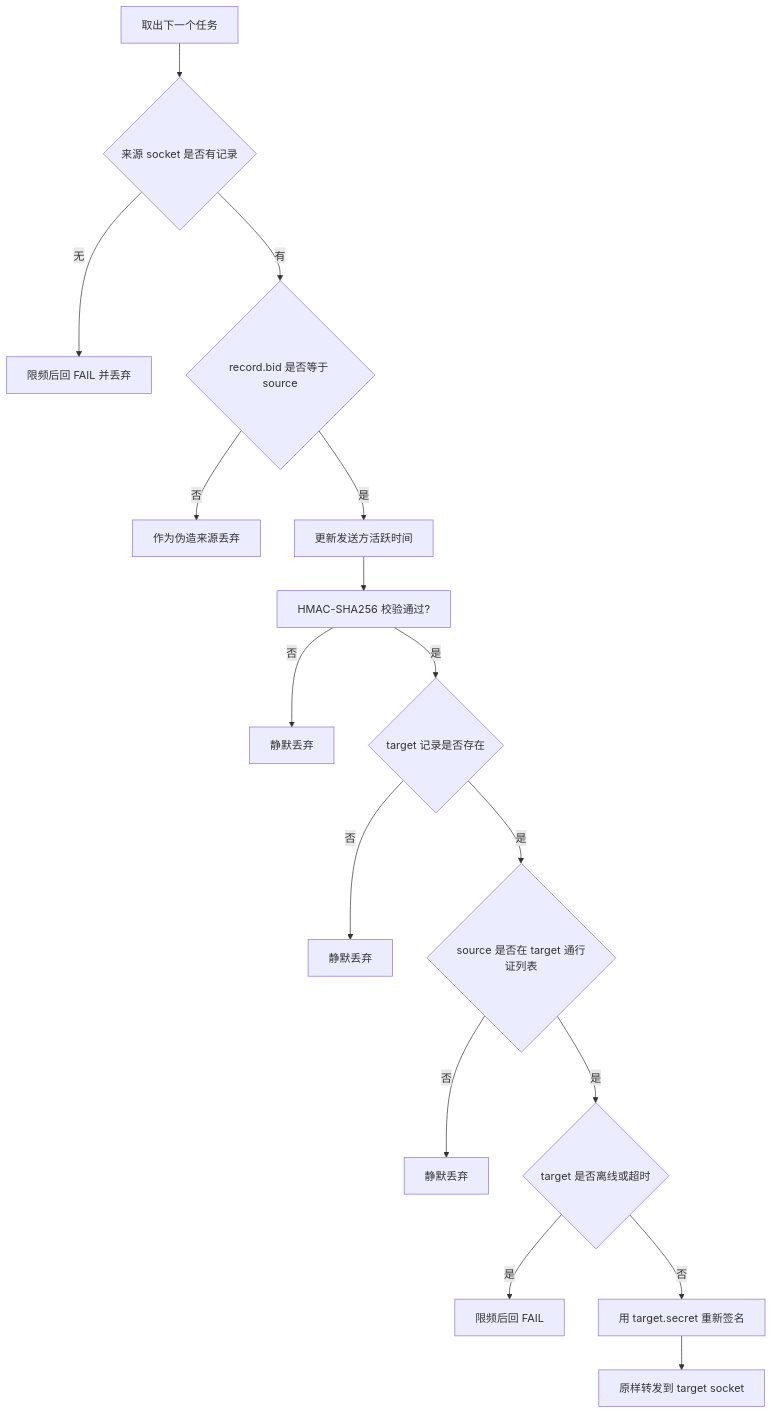
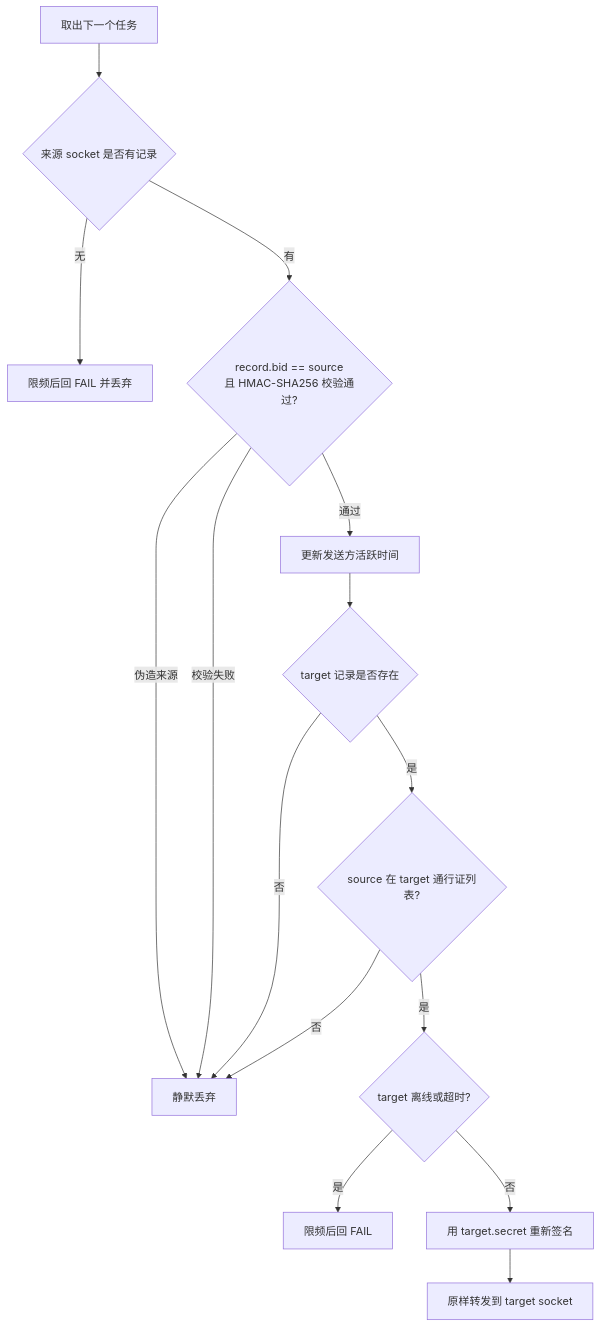
Before and after one commit to moky/magpie: the third of 3 diagrams in docs/architecture.md, drawn with Mermaid. The commit also changed other lines of this file and 9 other files, not shown here.

````diff
--- a/docs/architecture.md
+++ b/docs/architecture.md
@@ -151,18 +152,17 @@
 ```mermaid
 flowchart TD
     G["取出下一个任务"] --> S1{"来源 socket 是否有记录"}
     S1 -->|"无"| U1["限频后回 FAIL 并丢弃"]
-    S1 -->|"有"| S2{"record.bid 是否等于 source"}
-    S2 -->|"否"| Drop1["作为伪造来源丢弃"]
-    S2 -->|"是"| Upd["更新发送方活跃时间"]
-    Upd --> V1["HMAC-SHA256 校验通过?"]
-    V1 -->|"否"| Drop2["静默丢弃"]
-    V1 -->|"是"| D1{"target 记录是否存在"}
-    D1 -->|"否"| Silent["静默丢弃"]
-    D1 -->|"是"| A1{"source 是否在 target 通行证列表"}
-    A1 -->|"否"| Silent2["静默丢弃"]
-    A1 -->|"是"| O1{"target 是否离线或超时"}
+    S1 -->|"有"| S2{"record.bid == source<br/>且 HMAC-SHA256 校验通过?"}
+    S2 -->|"伪造来源"| Drop["静默丢弃"]
+    S2 -->|"校验失败"| Drop
+    S2 -->|"通过"| Upd["更新发送方活跃时间"]
+    Upd --> D1{"target 记录是否存在"}
+    D1 -->|"否"| Drop
+    D1 -->|"是"| A1{"source 在 target 通行证列表?"}
+    A1 -->|"否"| Drop
+    A1 -->|"是"| O1{"target 离线或超时?"}
     O1 -->|"是"| U2["限频后回 FAIL"]
     O1 -->|"否"| Sig["用 target.secret 重新签名"]
     Sig --> Fwd["原样转发到 target socket"]
 ```
````
